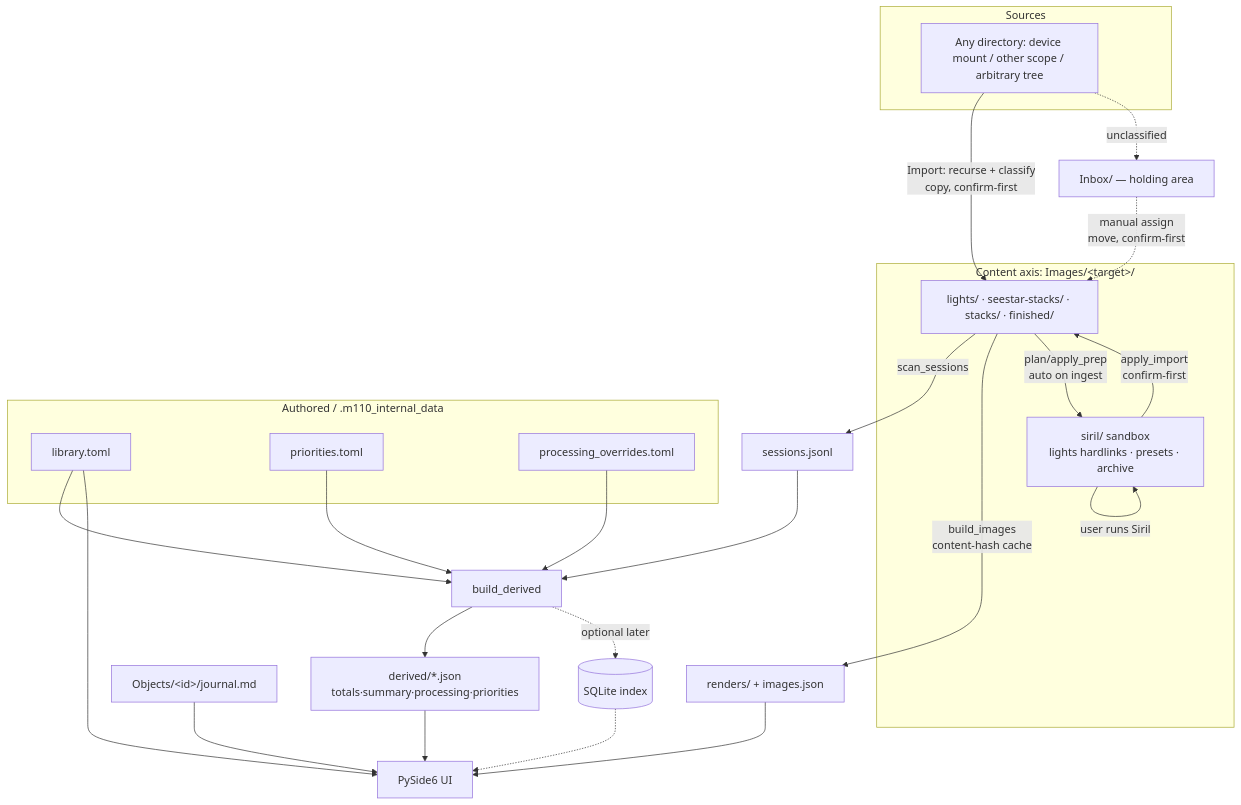
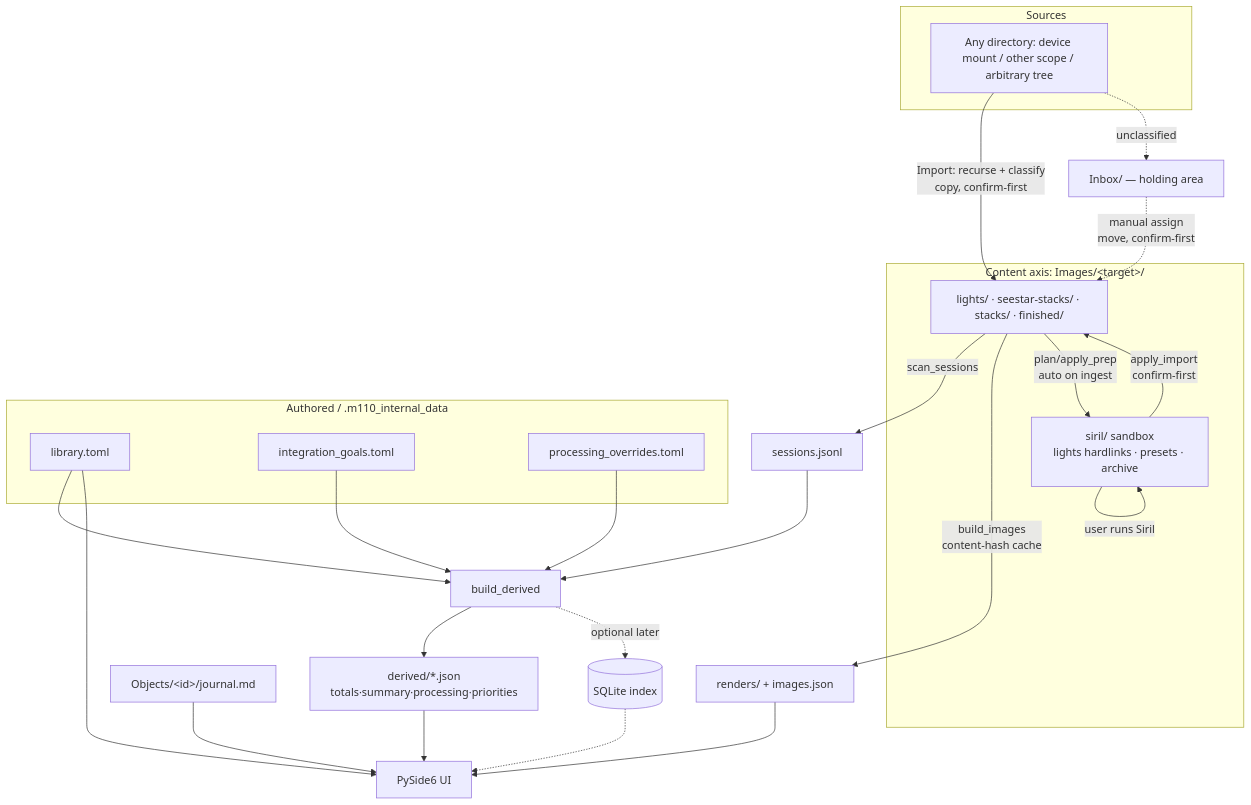
Before and after one commit to mjm1138/m110: the diagram in DATA_MODEL.md, drawn with Mermaid. The commit also changed other lines of this file and 28 other files, not shown here.

````diff
--- a/DATA_MODEL.md
+++ b/DATA_MODEL.md
@@ -591,44 +592,44 @@
 ```mermaid
 flowchart TD
     subgraph sources[Sources]
         DEV[Any directory: device mount / other scope / arbitrary tree]
     end
     DEV -->|Import: recurse + classify<br/>copy, confirm-first| IMG
     DEV -.->|unclassified| INBOX[Inbox/ — holding area]
     INBOX -.->|manual assign<br/>move, confirm-first| IMG
 
     subgraph content[Content axis: Images/&lt;target&gt;/]
         IMG[lights/ · seestar-stacks/ · stacks/ · finished/]
         SANDBOX[siril/ sandbox<br/>lights hardlinks · presets · archive]
     end
 
     subgraph authored[Authored / .m110_internal_data]
         CAT[library.toml]
-        PRI[priorities.toml]
+        IGOALS[integration_goals.toml]
         OVR[processing_overrides.toml]
     end
     JOURNAL[Objects/&lt;id&gt;/journal.md]
 
     IMG -->|scan_sessions| SESS[sessions.jsonl]
     SESS --> BD[build_derived]
     CAT --> BD
-    PRI --> BD
+    IGOALS --> BD
     OVR --> BD
     BD --> DERIVED[derived/*.json<br/>totals·summary·processing·priorities]
 
     IMG -->|build_images<br/>content-hash cache| RENDERS[renders/ + images.json]
 
     DERIVED --> UI[PySide6 UI]
     RENDERS --> UI
     JOURNAL --> UI
     CAT --> UI
 
     %% siril round-trip
     IMG -->|plan/apply_prep<br/>auto on ingest| SANDBOX
     SANDBOX -->|user runs Siril| SANDBOX
     SANDBOX -->|apply_import<br/>confirm-first| IMG
 
     %% future SQLite index seam
     BD -.optional later.-> SQLITE[(SQLite index)]
     SQLITE -.-> UI
 ```
````
